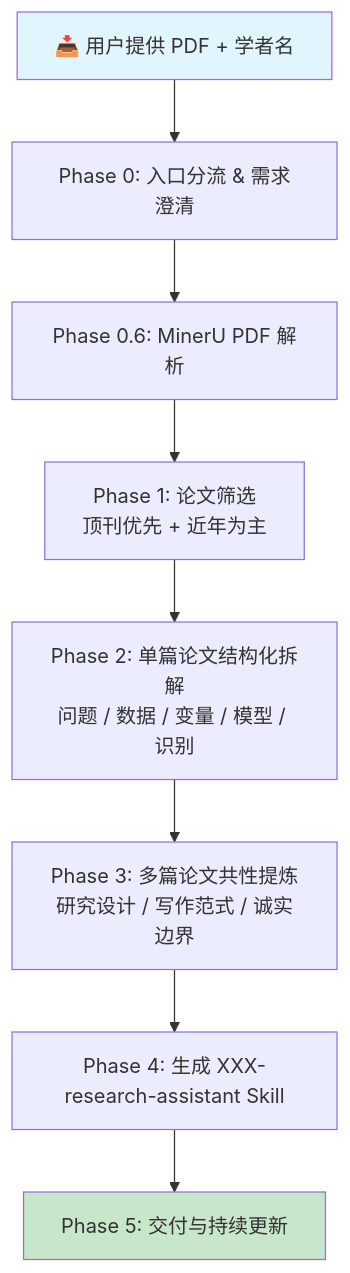
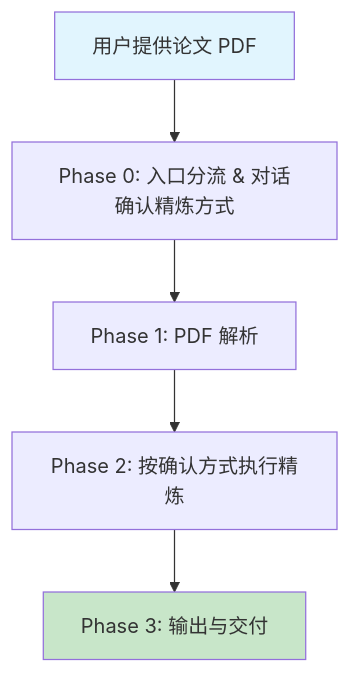
The diagram in README.md (ShenzhenLime/refine_paper), drawn with Mermaid before and after one commit. The commit also changed other lines of this file and 3 other files, not shown here.

````diff
--- a/README.md
+++ b/README.md
@@ -111,13 +153,10 @@
 ```mermaid
 flowchart TD
-    A[📥 用户提供 PDF + 学者名] --> B[Phase 0: 入口分流 & 需求澄清]
-    B --> B2[Phase 0.6: MinerU PDF 解析]
-    B2 --> C[Phase 1: 论文筛选<br/>顶刊优先 + 近年为主]
-    C --> D[Phase 2: 单篇论文结构化拆解<br/>问题 / 数据 / 变量 / 模型 / 识别]
-    D --> E[Phase 3: 多篇论文共性提炼<br/>研究设计 / 写作范式 / 诚实边界]
-    E --> F[Phase 4: 生成 XXX-research-assistant Skill]
-    F --> G[Phase 5: 交付与持续更新]
+    A[用户提供论文 PDF] --> B[Phase 0: 入口分流 & 对话确认精炼方式]
+    B --> B2[Phase 1: PDF 解析]
+    B2 --> C[Phase 2: 按确认方式执行精炼]
+    C --> D[Phase 3: 输出与交付]
 
     style A fill:#e1f5fe
-    style G fill:#c8e6c9
+    style D fill:#c8e6c9
 ```
````
